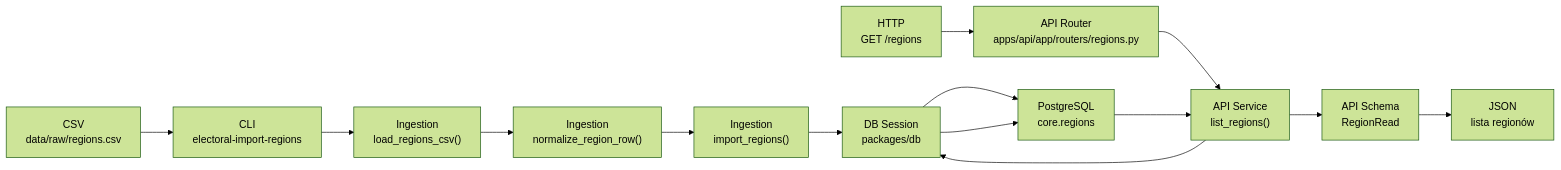
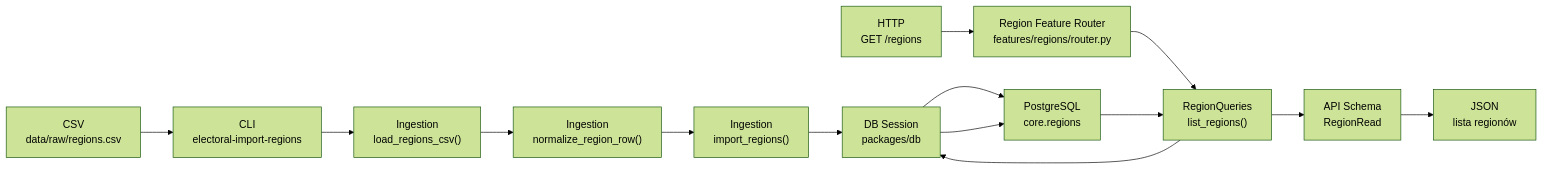
Before and after one commit to DawidKK/electoral-drift: the first of 7 diagrams in docs/flow.md, drawn with Mermaid (forest theme). The commit also changed other lines of this file and 39 other files, not shown here.

Commit message:
Reorganize architecture

````diff
--- a/docs/flow.md
+++ b/docs/flow.md
@@ -28,30 +28,30 @@
 ```mermaid
 flowchart LR
     csv["CSV<br/>data/raw/regions.csv"]
     cli["CLI<br/>electoral-import-regions"]
     loader["Ingestion<br/>load_regions_csv()"]
     normalizer["Ingestion<br/>normalize_region_row()"]
     importer["Ingestion<br/>import_regions()"]
     session["DB Session<br/>packages/db"]
     table["PostgreSQL<br/>core.regions"]
     request["HTTP<br/>GET /regions"]
-    router["API Router<br/>apps/api/app/routers/regions.py"]
-    service["API Service<br/>list_regions()"]
+    router["Region Feature Router<br/>features/regions/router.py"]
+    service["RegionQueries<br/>list_regions()"]
     schema["API Schema<br/>RegionRead"]
     response["JSON<br/>lista regionów"]
 
     csv --> cli
     cli --> loader
     loader --> normalizer
     normalizer --> importer
     importer --> session
     session --> table
 
     request --> router
     router --> service
     service --> session
     session --> table
     table --> service
     service --> schema
     schema --> response
 ```
````
